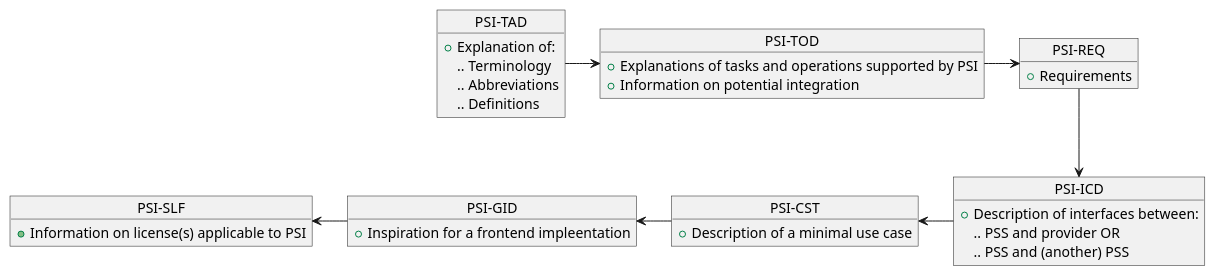
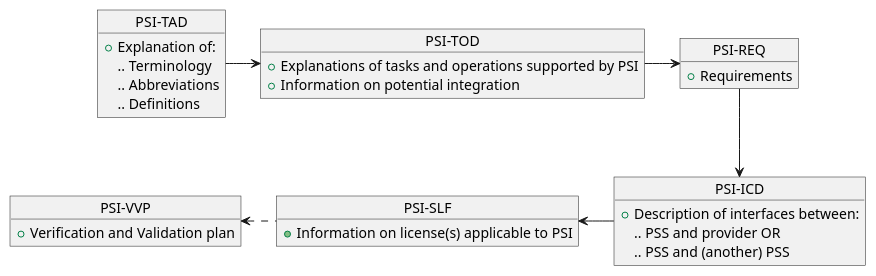
One commit to psi-consortium/psi changed the second of 3 diagrams in doc/PSI/PSI-READFIRST/index.md. Above: the diagram before and after it, drawn with PlantUML. The commit also changed other lines of this file and 926 other files, not shown here.

````diff
--- a/doc/PSI/PSI-READFIRST/index.md
+++ b/doc/PSI/PSI-READFIRST/index.md
@@ -68,41 +180,37 @@
 ```plantuml
 
 @startuml
-object "PSI-CST" as CST{
-     + Description of a minimal use case
-}
-object "PSI-GID" as GID{
-     + Inspiration for a frontend impleentation
-}
-object "PSI-ICD" as ICD{
-     + Description of interfaces between:
-     .. PSS and provider OR 
-     .. PSS and (another) PSS
-}
-object "PSI-REQ" as REQ{
-    + Requirements
-}
-object "PSI-SLF" as SLF{
-     + Information on license(s) applicable to PSI
-}
 object "PSI-TAD" as TAD{
     + Explanation of:
     .. Terminology
     .. Abbreviations
     .. Definitions
 }
+object "PSI-REQ" as REQ{
+    + Requirements
+}
 object "PSI-TOD" as TOD{
      + Explanations of tasks and operations supported by PSI
      + Information on potential integration
+}
+object "PSI-SLF" as SLF{
+     + Information on license(s) applicable to PSI
+}
+object "PSI-ICD" as ICD{
+     + Description of interfaces between:
+     .. PSS and provider OR
+     .. PSS and (another) PSS
+}
+object "PSI-VVP" as VVP{
+     + Verification and Validation plan
 }
 
 TAD -> TOD
 TOD -> REQ
 REQ -down-> ICD
-ICD -left-> CST
-CST -left-> GID
-GID -left-> SLF
+ICD -l> SLF
+SLF .l> VVP
 
 @enduml
 
 ```
````
